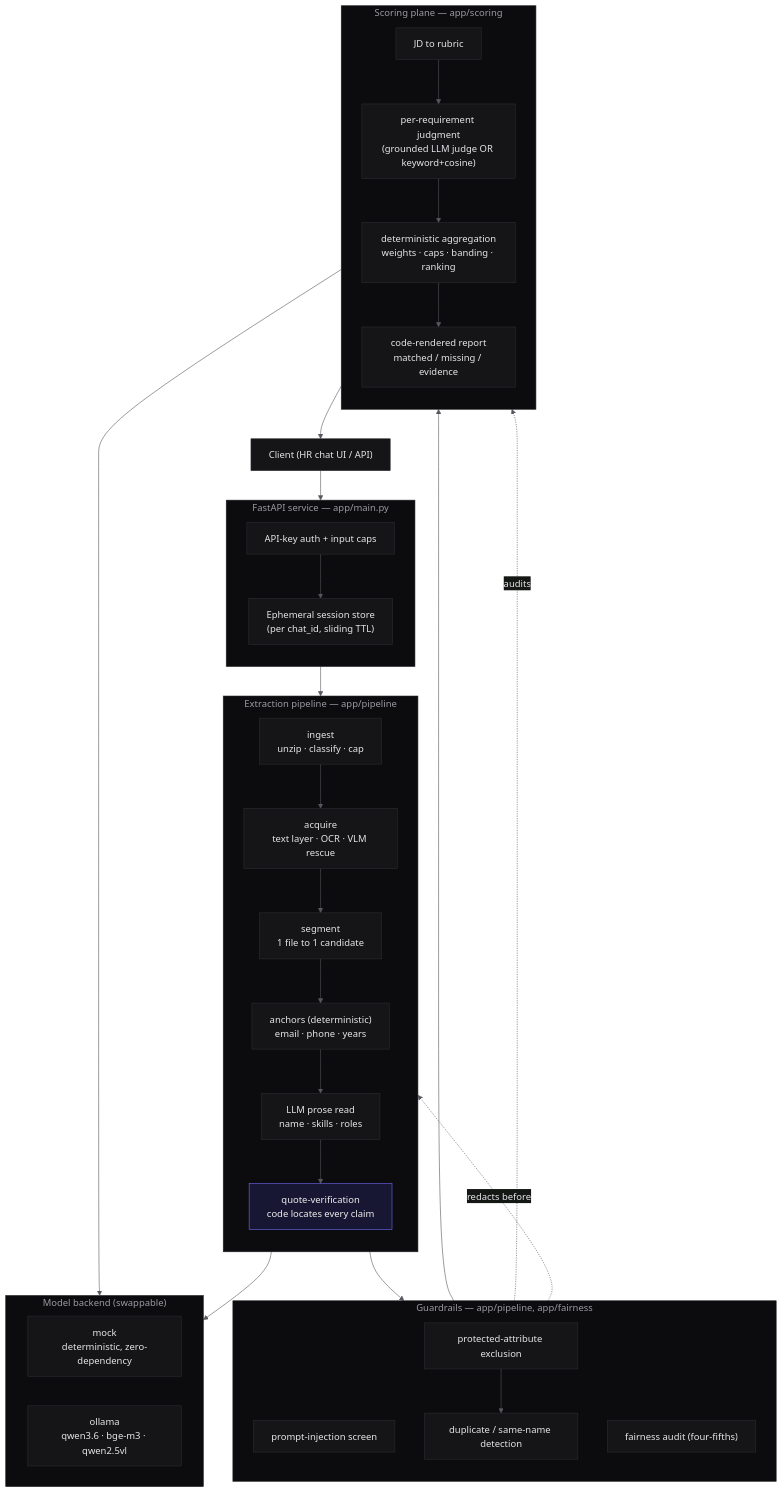
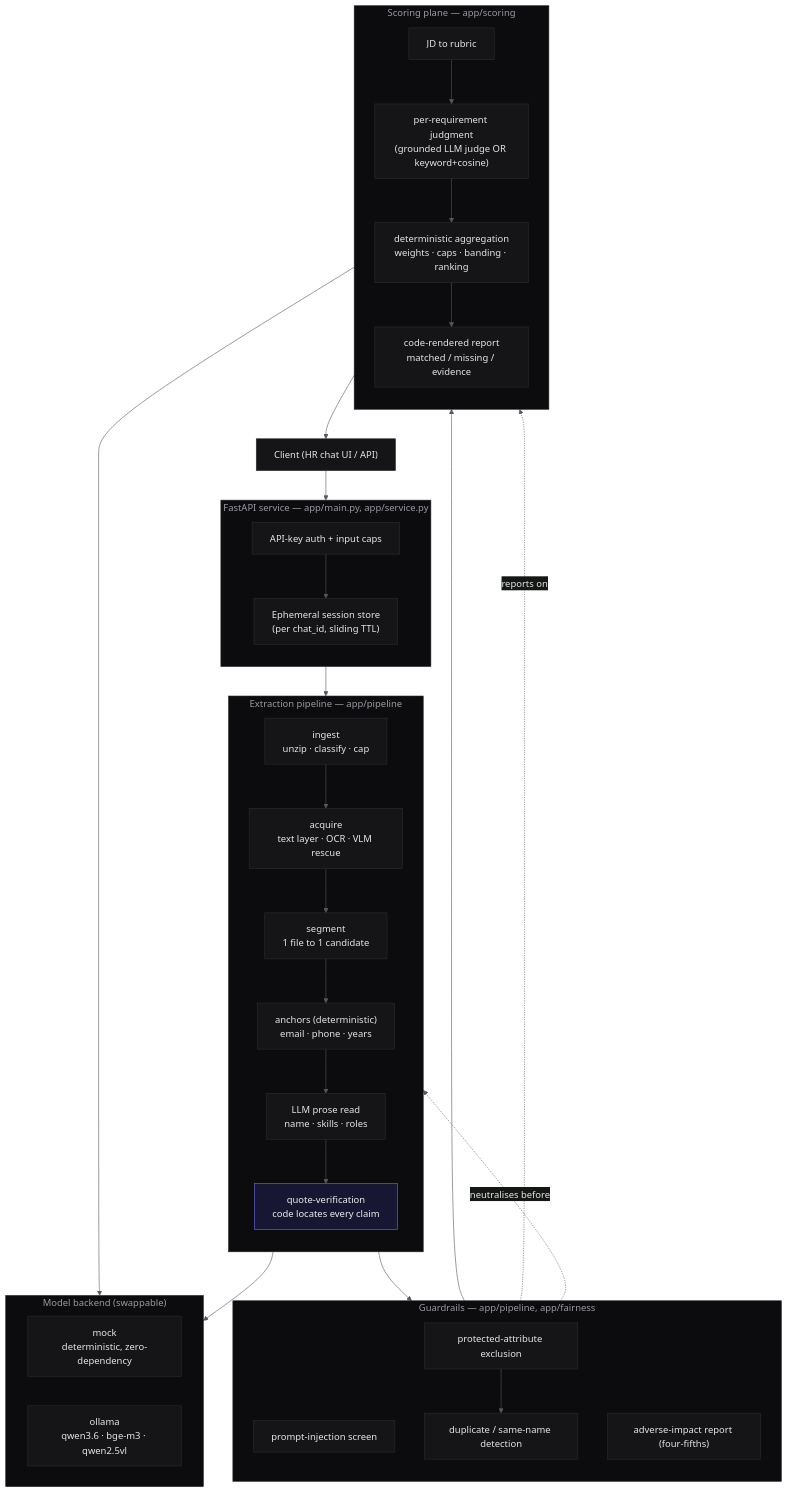
The diagram in README.md (Almehmadi-Ai/sirah), drawn with Mermaid before and after one commit. The commit also changed other lines of this file and 94 other files, not shown here.

````diff
--- a/README.md
+++ b/README.md
@@ -121,56 +108,56 @@
 ```mermaid
 %%{init: {'theme':'base','themeVariables':{'fontFamily':'ui-monospace, Menlo, Consolas, monospace','primaryColor':'#151517','primaryBorderColor':'#2C2C31','primaryTextColor':'#E6E6E9','lineColor':'#57575E','clusterBkg':'#0C0C0E','clusterBorder':'#242429','titleColor':'#9A9AA2'}}}%%
 flowchart TB
     Client["Client (HR chat UI / API)"]
 
-    subgraph API["FastAPI service — app/main.py"]
+    subgraph API["FastAPI service — app/main.py, app/service.py"]
         direction TB
         Auth["API-key auth + input caps"]
         Sess["Ephemeral session store<br/>(per chat_id, sliding TTL)"]
     end
 
     subgraph Extract["Extraction pipeline — app/pipeline"]
         direction TB
         Ingest["ingest<br/>unzip · classify · cap"]
         Acquire["acquire<br/>text layer · OCR · VLM rescue"]
         Segment["segment<br/>1 file to 1 candidate"]
         Anchors["anchors (deterministic)<br/>email · phone · years"]
         LLMx["LLM prose read<br/>name · skills · roles"]
         Verify["quote-verification<br/>code locates every claim"]
     end
 
     subgraph Guard["Guardrails — app/pipeline, app/fairness"]
         direction TB
         Inject["prompt-injection screen"]
         Protect["protected-attribute exclusion"]
         Dedup["duplicate / same-name detection"]
-        Fair["fairness audit (four-fifths)"]
+        Fair["adverse-impact report (four-fifths)"]
     end
 
     subgraph Score["Scoring plane — app/scoring"]
         direction TB
         Rubric["JD to rubric"]
         Judge["per-requirement judgment<br/>(grounded LLM judge OR keyword+cosine)"]
         Engine["deterministic aggregation<br/>weights · caps · banding · ranking"]
         Report["code-rendered report<br/>matched / missing / evidence"]
     end
 
     subgraph Backend["Model backend (swappable)"]
         direction LR
         Mock["mock<br/>deterministic, zero-dependency"]
         Ollama["ollama<br/>qwen3.6 · bge-m3 · qwen2.5vl"]
     end
 
     Client --> Auth --> Sess
     Sess --> Ingest --> Acquire --> Segment
     Segment --> Anchors --> LLMx --> Verify
-    Inject -. redacts before .-> LLMx
+    Inject -. neutralises before .-> LLMx
     Verify --> Protect --> Dedup
     Dedup --> Rubric --> Judge --> Engine --> Report --> Client
-    Fair -. audits .-> Report
+    Fair -. reports on .-> Report
     LLMx --> Backend
     Judge --> Backend
 
     classDef accent fill:#181733,stroke:#6E6AF6,color:#EDEDED
     class Verify accent
 ```
````
